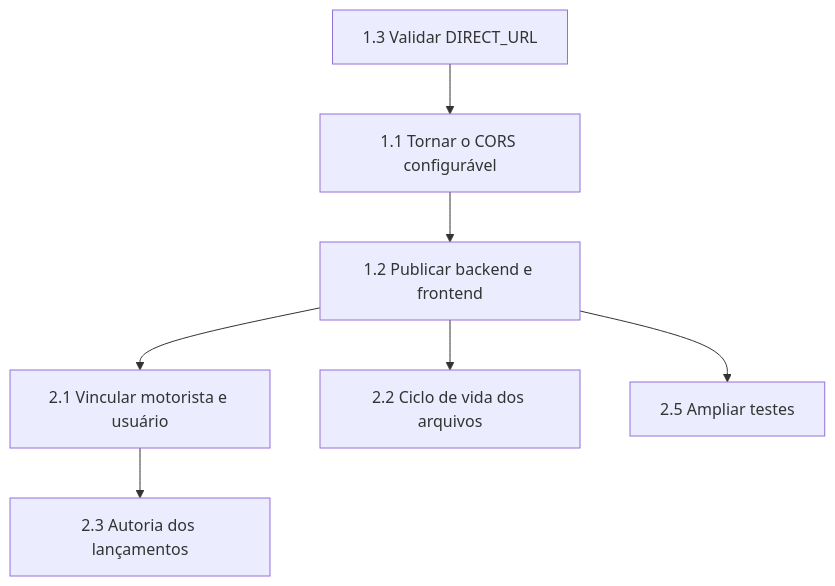
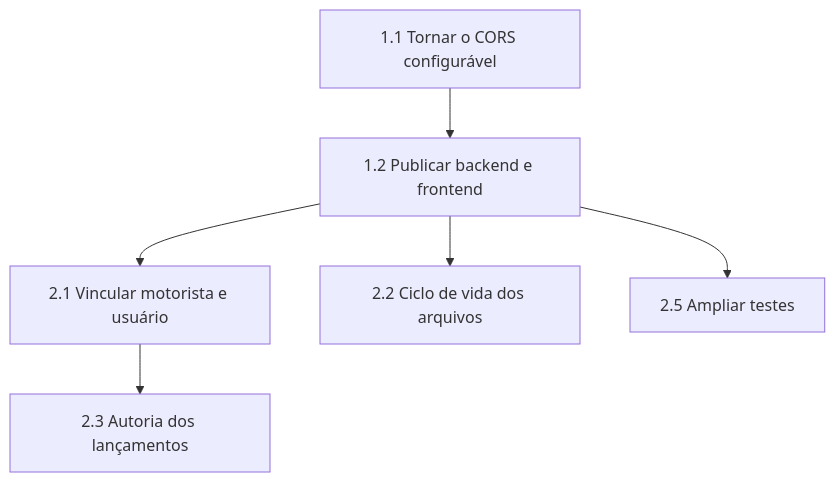
The diagram in docs/08-proximas-etapas.md (gregoryjereissati/pfi-fleet-manager), drawn with Mermaid before and after one commit. The commit also changed other lines of this file and 42 other files, not shown here.

````diff
--- a/docs/08-proximas-etapas.md
+++ b/docs/08-proximas-etapas.md
@@ -116,9 +116,8 @@
 ```mermaid
 flowchart TB
-    A["1.3 Validar DIRECT_URL"] --> B["1.1 Tornar o CORS configurável"]
-    B --> C["1.2 Publicar backend e frontend"]
+    B["1.1 Tornar o CORS configurável"] --> C["1.2 Publicar backend e frontend"]
     C --> F["2.1 Vincular motorista e usuário"]
     C --> G["2.2 Ciclo de vida dos arquivos"]
     F --> H["2.3 Autoria dos lançamentos"]
     C --> I["2.5 Ampliar testes"]
 ```
````
